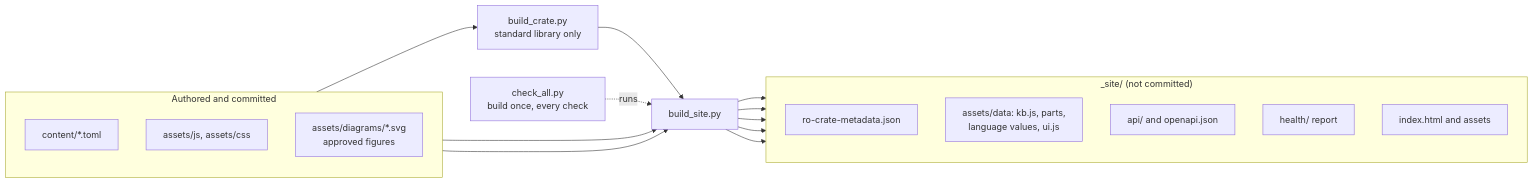
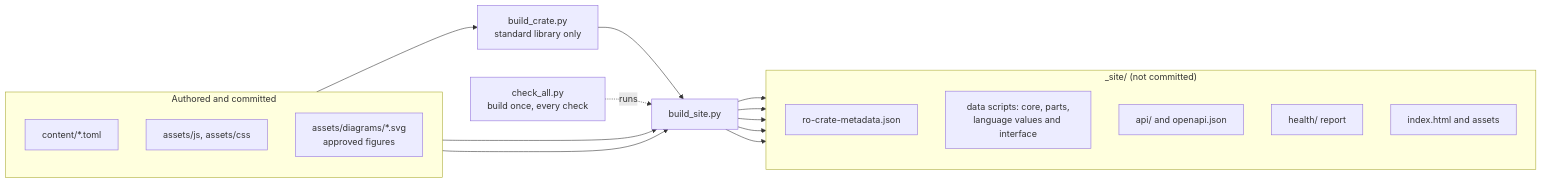
One commit to dsw-nrp/eosc-fair-guide changed the first of 3 diagrams in docs/design.md. Above: the diagram before and after it, drawn with Mermaid. The commit also changed other lines of this file and 200 other files, not shown here.

````diff
--- a/docs/design.md
+++ b/docs/design.md
@@ -66,27 +67,27 @@
 ```mermaid
 flowchart LR
   accTitle: Authoring and build
   accDescr: Content sources feed the standard-library crate generator. The site build writes the page, the crate and its data scripts, the static API, the health report and the approved figures into the uncommitted site directory, which the browser runs as it is. The check runner builds once and runs every check.
   subgraph AUTH[Authored and committed]
     direction TB
     C1["content/*.toml"]
     JS["assets/js, assets/css"]
     FIG["assets/diagrams/*.svg<br/>approved figures"]
   end
   GEN["build_crate.py<br/>standard library only"]
   SITE["build_site.py"]
   subgraph OUT["_site/ (not committed)"]
     direction TB
     CRATE["ro-crate-metadata.json"]
-    DATA["assets/data: kb.js, parts,<br/>language values, ui.js"]
+    DATA["data scripts: core, parts,<br/>language values and interface"]
     API["api/ and openapi.json"]
     HEALTH["health/ report"]
     PAGE["index.html and assets"]
   end
   CHK["check_all.py<br/>build once, every check"]
   C1 --> GEN --> SITE
   JS --> SITE
   FIG --> SITE
   SITE --> CRATE & DATA & API & HEALTH & PAGE
   CHK -. runs .-> SITE
 ```
````
